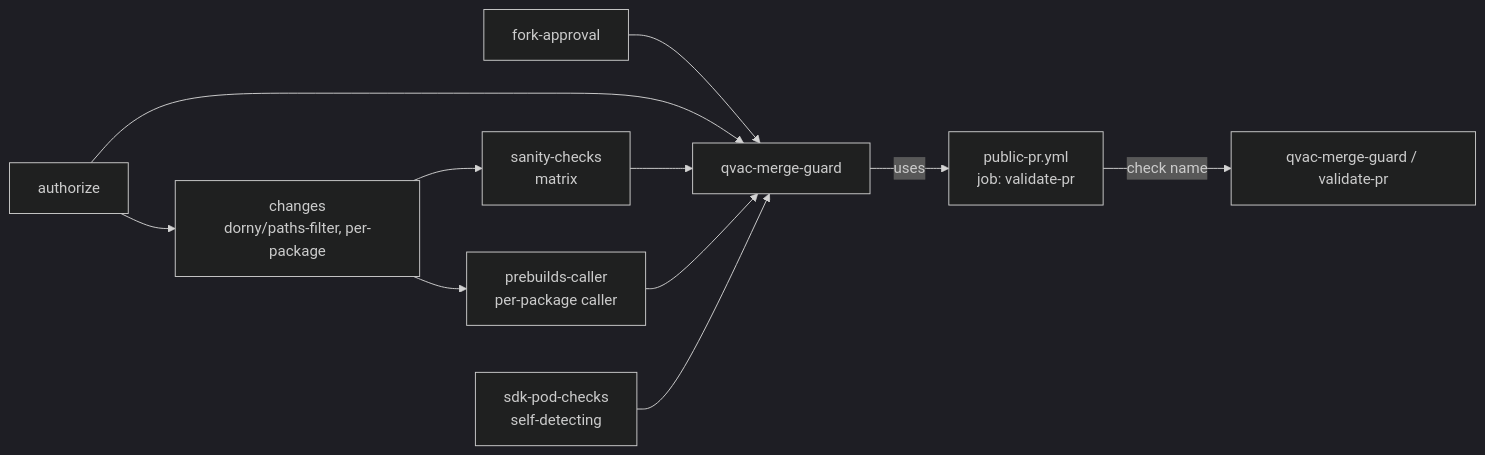
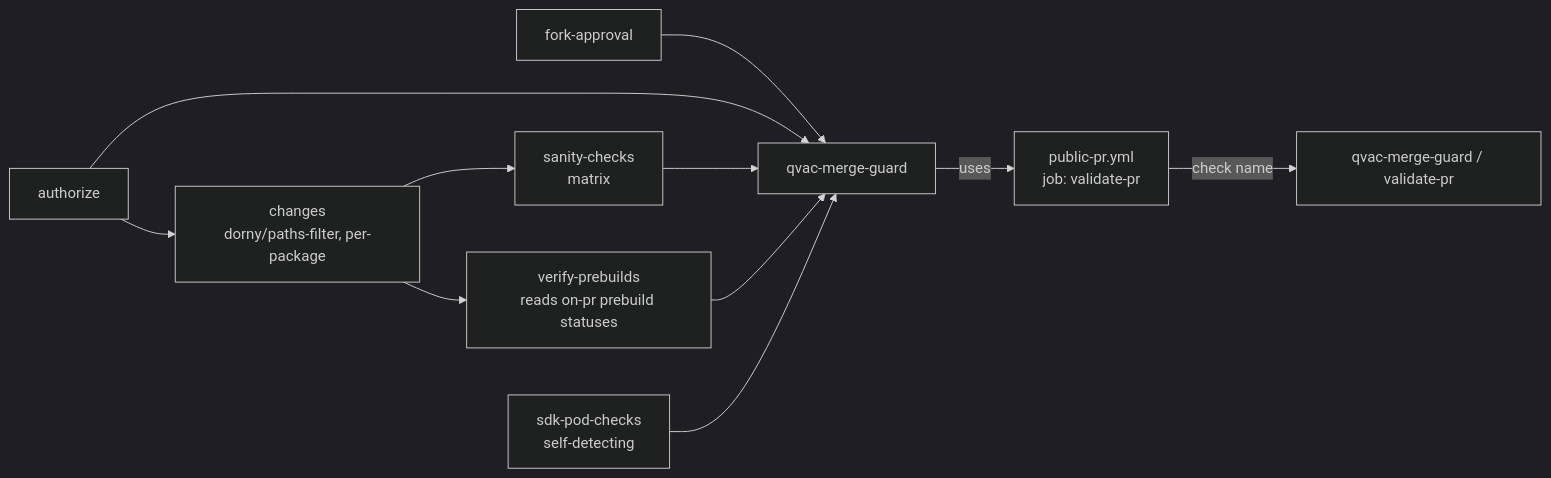
The diagram in docs/ci/MERGE-GUARD.md (Zbig9000/qvac), drawn with Mermaid (dark theme) before and after one commit. The commit also changed other lines of this file and 21 other files, not shown here.

First line of the commit message:
QVAC-23362 infra: verify addon prebuilds in Merge Guard, stop triggering them (#3741)

````diff
--- a/docs/ci/MERGE-GUARD.md
+++ b/docs/ci/MERGE-GUARD.md
@@ -27,13 +27,13 @@
 ```mermaid
 flowchart LR
     FA[fork-approval] --> QMG[qvac-merge-guard]
     AUTH[authorize] --> QMG
     AUTH --> CHANGES[changes<br/>dorny/paths-filter, per-package]
     CHANGES --> SC[sanity-checks<br/>matrix]
-    CHANGES --> PC[prebuilds-caller<br/>per-package caller]
+    CHANGES --> VP[verify-prebuilds<br/>reads on-pr prebuild statuses]
     SC --> QMG
-    PC --> QMG
+    VP --> QMG
     SDK[sdk-pod-checks<br/>self-detecting] --> QMG
     QMG -->|uses| PP[public-pr.yml<br/>job: validate-pr]
     PP -->|check name| CHK["qvac-merge-guard / validate-pr"]
 ```
````
